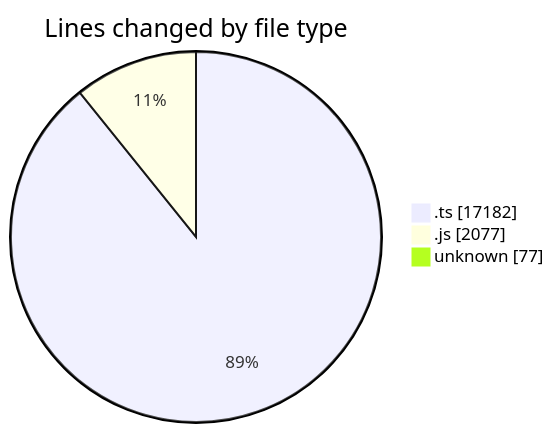
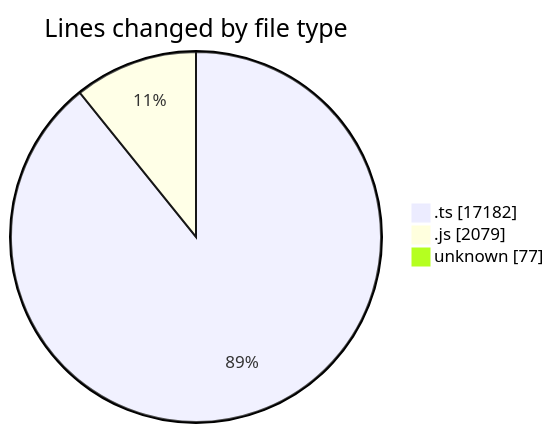
Before and after one commit to momahboobian/code-tracking: the first of 2 diagrams in 2026-02-03/cda/README.md, drawn with Mermaid. The commit also changed other lines of this file and 1 other file, not shown here.

````diff
--- a/2026-02-03/cda/README.md
+++ b/2026-02-03/cda/README.md
@@ -28,7 +28,7 @@
 ```mermaid
 pie showData
 title Lines changed by file type
 ".ts" : 17182
-".js" : 2077
+".js" : 2079
 "unknown" : 77
 ```
````
